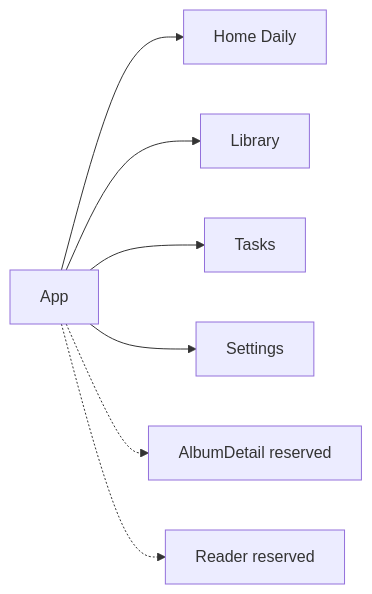
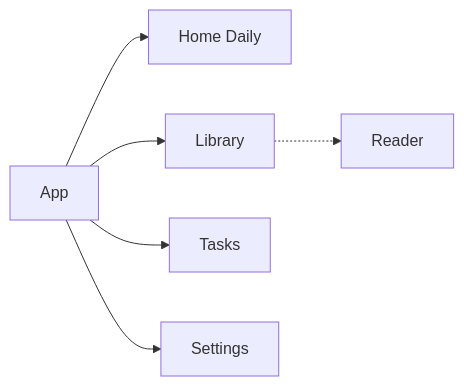
The second of 2 diagrams in docs/en/architecture/ui.md (aDarkMaker/JMFM), drawn with Mermaid before and after one commit. The commit also changed other lines of this file and 10 other files, not shown here.

Commit message:
docs: refresh architecture and changelog

````diff
--- a/docs/en/architecture/ui.md
+++ b/docs/en/architecture/ui.md
@@ -45,10 +45,9 @@
 ```mermaid
 flowchart LR
     root["App"]
     root --> home["Home Daily"]
     root --> lib["Library"]
     root --> tasks["Tasks"]
     root --> settings["Settings"]
-    root -.-> detail["AlbumDetail reserved"]
-    root -.-> reader["Reader reserved"]
+    lib -.-> reader["Reader"]
 ```
````
